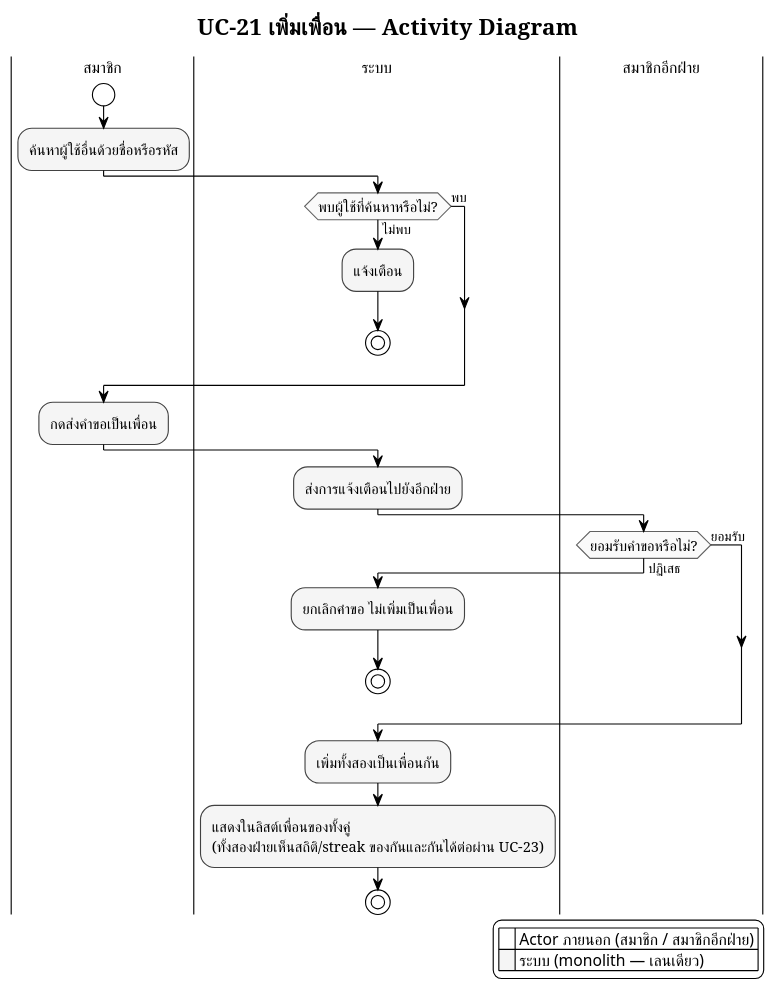
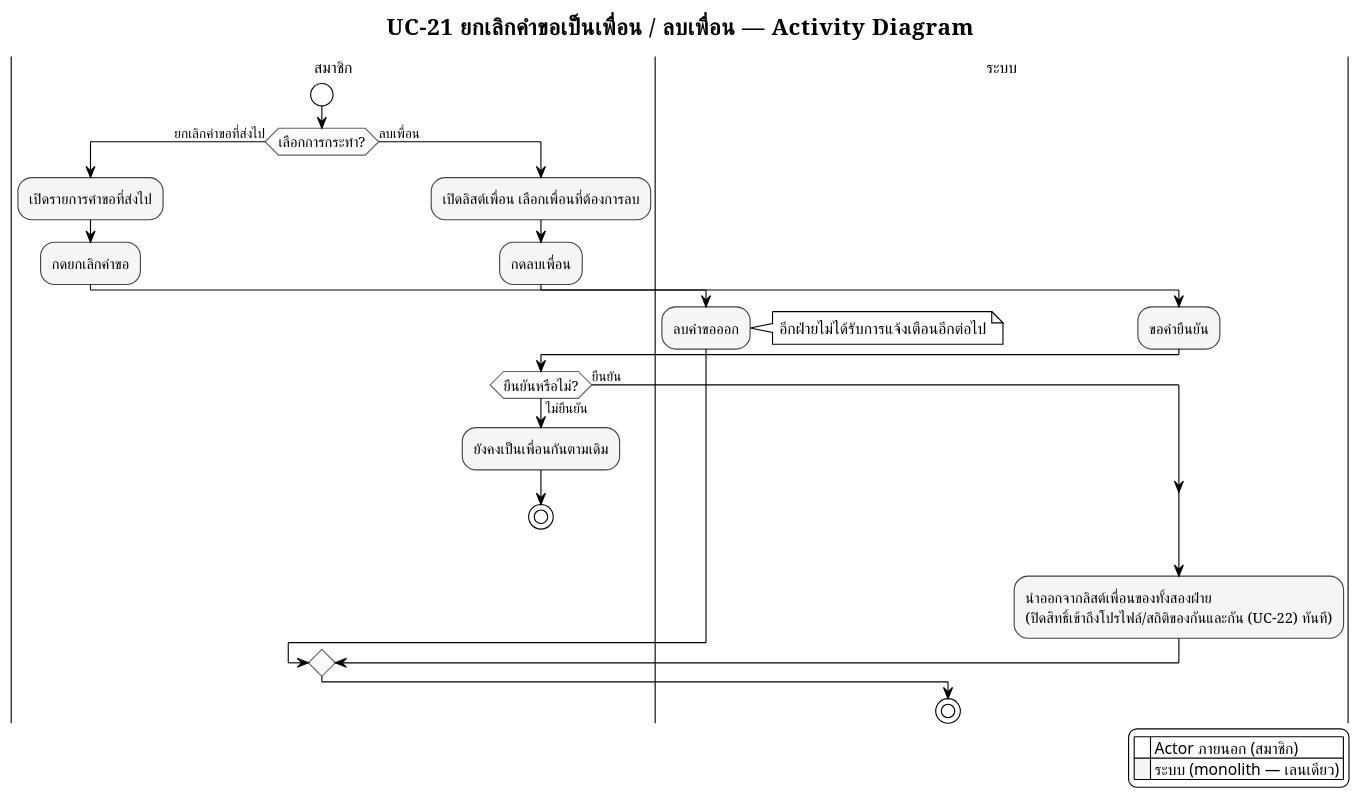
Before and after one commit to popotaroman-cloud/dssiprj-pad: the diagram in proposal/usecase/activity_module5_uc21.puml, drawn with PlantUML. The commit also changed 46 other files, not shown here.

```diff
--- a/proposal/usecase/activity_module5_uc21.puml
+++ b/proposal/usecase/activity_module5_uc21.puml
@@ -1,67 +1,63 @@
-@startuml M5_activity_เพิ่มเพื่อน
+@startuml M5_activity_ยกเลิกคำขอเป็นเพื่อนหรือลบเพื่อน
 ' ══════════════════════════════════════════════════════════════════
 ' รองรับภาษาไทย — บันทึกไฟล์นี้เป็น UTF-8 (ไม่ต้องมี BOM) เสมอ
 ' บังคับใช้ Smetana (pure-Java layout engine) แทน Graphviz/dot
 !pragma layout smetana
 skinparam defaultFontName "TH Sarabun New"
 skinparam defaultFontSize 14
 ' ══════════════════════════════════════════════════════════════════
 
 !theme plain
 skinparam titleFontName "TH Sarabun New"
 skinparam titleFontSize 20
 skinparam noteFontName "TH Sarabun New"
 skinparam ArrowFontName "TH Sarabun New"
 skinparam ArrowFontSize 12
 skinparam swimlaneTitleFontName "TH Sarabun New"
 skinparam swimlaneTitleFontSize 14
 
 ' ===== Monochrome เท่านั้น — ไม่มี partition ไหนสีต่างจากที่อื่น =====
 skinparam activity {
   BackgroundColor #F5F5F5
   BorderColor #424242
   FontName "TH Sarabun New"
   FontSize 13
   DiamondBackgroundColor #FAFAFA
   DiamondBorderColor #616161
 }
 
-title UC-21 เพิ่มเพื่อน — Activity Diagram
+title UC-21 ยกเลิกคำขอเป็นเพื่อน / ลบเพื่อน — Activity Diagram
 
 |สมาชิก|
 start
-:ค้นหาผู้ใช้อื่นด้วยชื่อหรือรหัส;
 
-|ระบบ|
-if (พบผู้ใช้ที่ค้นหาหรือไม่?) then (ไม่พบ)
-  :แจ้งเตือน;
-  stop
-else (พบ)
+if (เลือกการกระทำ?) then (ยกเลิกคำขอที่ส่งไป)
+  :เปิดรายการคำขอที่ส่งไป;
+  :กดยกเลิกคำขอ;
+  |ระบบ|
+  :ลบคำขอออก;
+  note right: อีกฝ่ายไม่ได้รับการแจ้งเตือนอีกต่อไป
+else (ลบเพื่อน)
+  |สมาชิก|
+  :เปิดลิสต์เพื่อน เลือกเพื่อนที่ต้องการลบ;
+  :กดลบเพื่อน;
+  |ระบบ|
+  :ขอคำยืนยัน;
+  |สมาชิก|
+  if (ยืนยันหรือไม่?) then (ไม่ยืนยัน)
+    :ยังคงเป็นเพื่อนกันตามเดิม;
+    stop
+  else (ยืนยัน)
+  endif
+  |ระบบ|
+  :นำออกจากลิสต์เพื่อนของทั้งสองฝ่าย\n(ปิดสิทธิ์เข้าถึงโปรไฟล์/สถิติของกันและกัน (UC-22) ทันที);
 endif
-
-|สมาชิก|
-:กดส่งคำขอเป็นเพื่อน;
-
-|ระบบ|
-:ส่งการแจ้งเตือนไปยังอีกฝ่าย;
-
-|สมาชิกอีกฝ่าย|
-if (ยอมรับคำขอหรือไม่?) then (ปฏิเสธ)
-  |ระบบ|
-  :ยกเลิกคำขอ ไม่เพิ่มเป็นเพื่อน;
-  stop
-else (ยอมรับ)
-endif
-
-|ระบบ|
-:เพิ่มทั้งสองเป็นเพื่อนกัน;
-:แสดงในลิสต์เพื่อนของทั้งคู่\n(ทั้งสองฝ่ายเห็นสถิติ/streak ของกันและกันได้ต่อผ่าน UC-23);
 
 stop
 
 legend right
-  |<back:white>    </back>| Actor ภายนอก (สมาชิก / สมาชิกอีกฝ่าย) |
+  |<back:white>    </back>| Actor ภายนอก (สมาชิก) |
   |<back:#F5F5F5>    </back>| ระบบ (monolith — เลนเดียว) |
 endlegend
 
 @enduml
```
